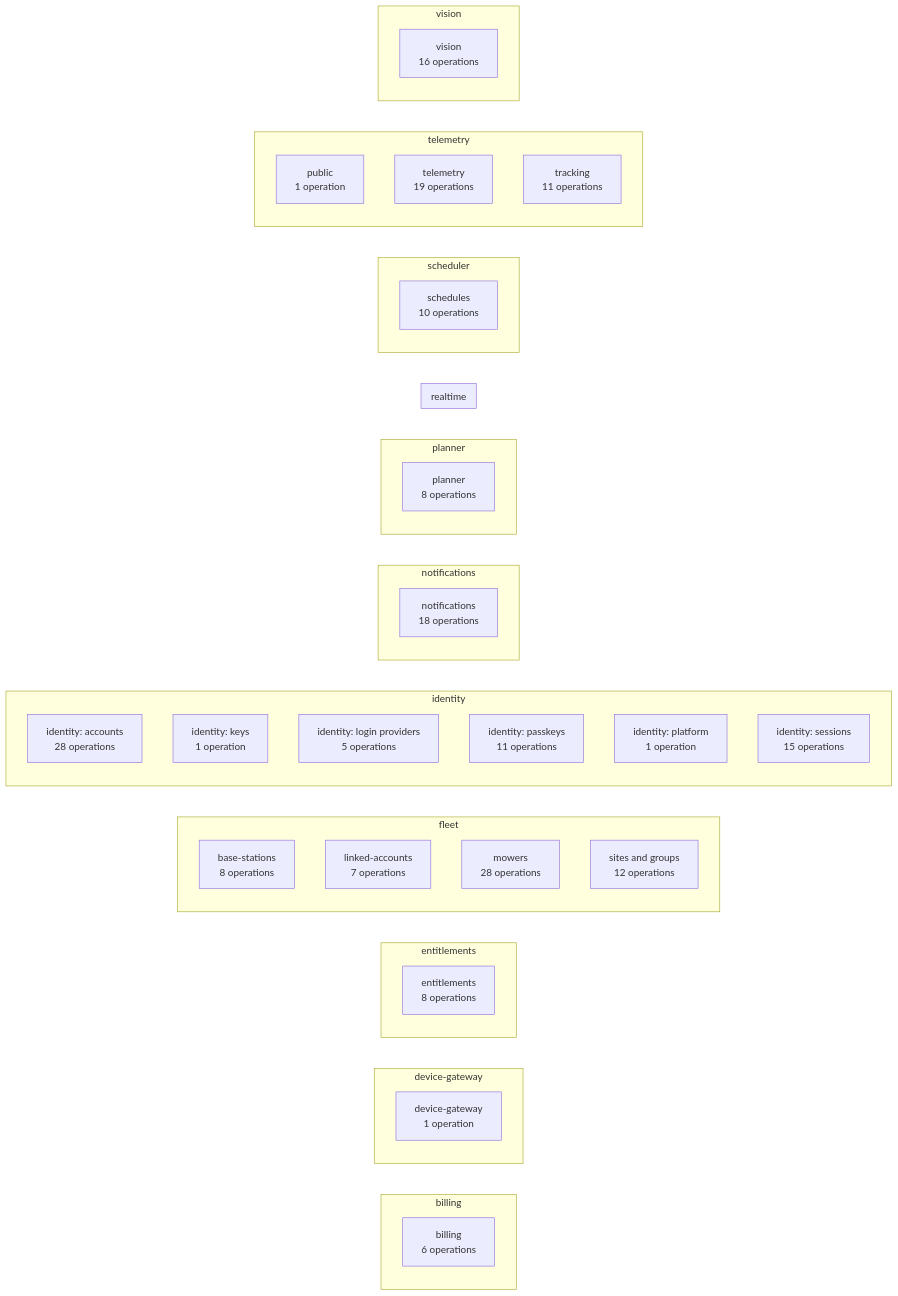
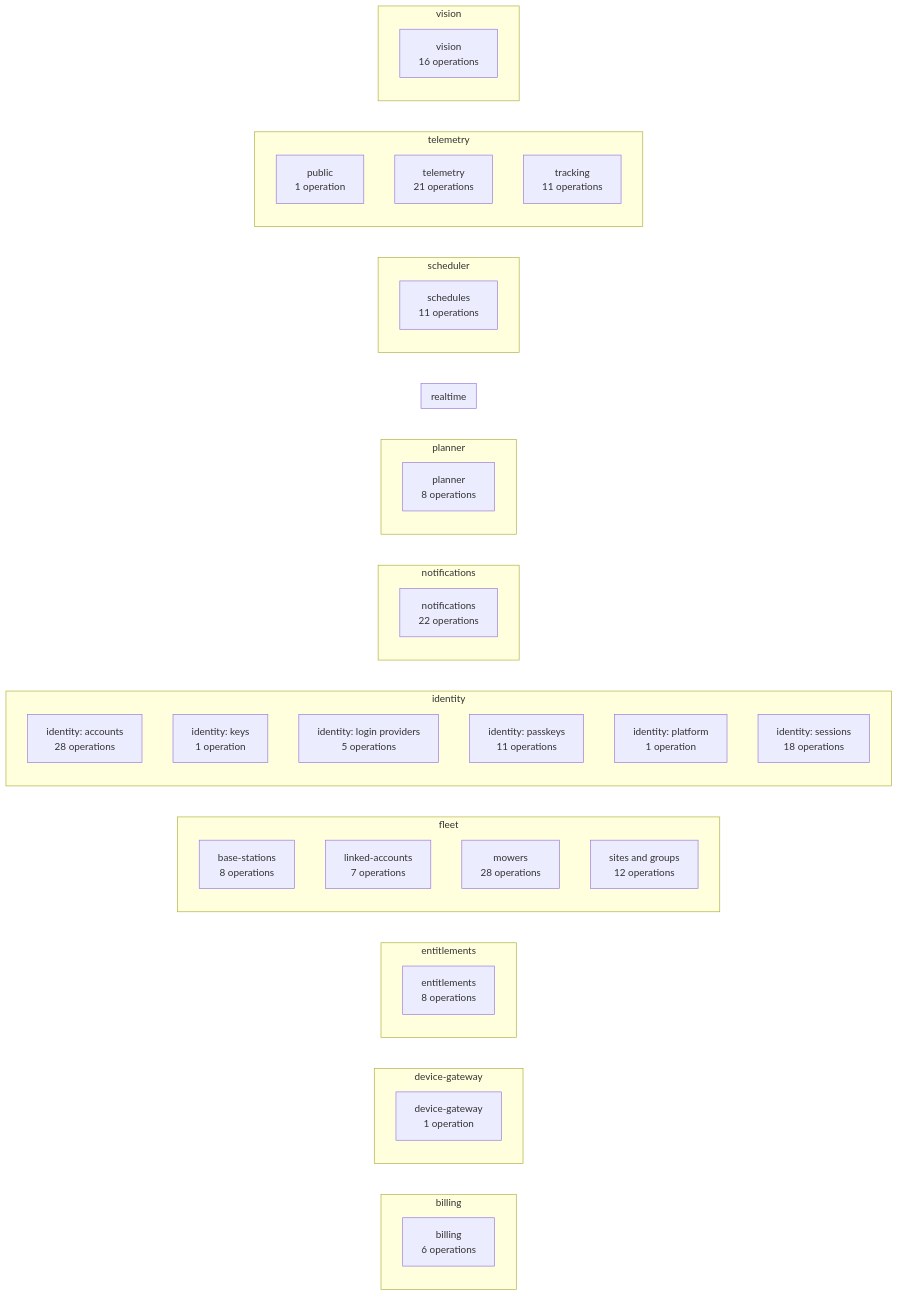
Diagram 14 of 15 in docs/architecture/generated.md (lukislp/mowdeck), drawn with Mermaid before and after one commit. The commit also changed other lines of this file and 90 other files, not shown here.

````diff
--- a/docs/architecture/generated.md
+++ b/docs/architecture/generated.md
@@ -430,56 +430,56 @@
 ```mermaid
 flowchart LR
   subgraph billing["billing"]
     direction TB
     billing_billing["billing<br/>6 operations"]
   end
   subgraph device_gateway["device-gateway"]
     direction TB
     device_gateway_device_gateway["device-gateway<br/>1 operation"]
   end
   subgraph entitlements["entitlements"]
     direction TB
     entitlements_entitlements["entitlements<br/>8 operations"]
   end
   subgraph fleet["fleet"]
     direction TB
     fleet_base_stations["base-stations<br/>8 operations"]
     fleet_linked_accounts["linked-accounts<br/>7 operations"]
     fleet_mowers["mowers<br/>28 operations"]
     fleet_sites_and_groups["sites and groups<br/>12 operations"]
   end
   subgraph identity["identity"]
     direction TB
     identity_identity__accounts["identity: accounts<br/>28 operations"]
     identity_identity__keys["identity: keys<br/>1 operation"]
     identity_identity__login_providers["identity: login providers<br/>5 operations"]
     identity_identity__passkeys["identity: passkeys<br/>11 operations"]
     identity_identity__platform["identity: platform<br/>1 operation"]
-    identity_identity__sessions["identity: sessions<br/>15 operations"]
+    identity_identity__sessions["identity: sessions<br/>18 operations"]
   end
   subgraph notifications["notifications"]
     direction TB
-    notifications_notifications["notifications<br/>18 operations"]
+    notifications_notifications["notifications<br/>22 operations"]
   end
   subgraph planner["planner"]
     direction TB
     planner_planner["planner<br/>8 operations"]
   end
   subgraph realtime["realtime"]
     direction TB
   end
   subgraph scheduler["scheduler"]
     direction TB
-    scheduler_schedules["schedules<br/>10 operations"]
+    scheduler_schedules["schedules<br/>11 operations"]
   end
   subgraph telemetry["telemetry"]
     direction TB
     telemetry_public["public<br/>1 operation"]
-    telemetry_telemetry["telemetry<br/>19 operations"]
+    telemetry_telemetry["telemetry<br/>21 operations"]
     telemetry_tracking["tracking<br/>11 operations"]
   end
   subgraph vision["vision"]
     direction TB
     vision_vision["vision<br/>16 operations"]
   end
 ```
````
